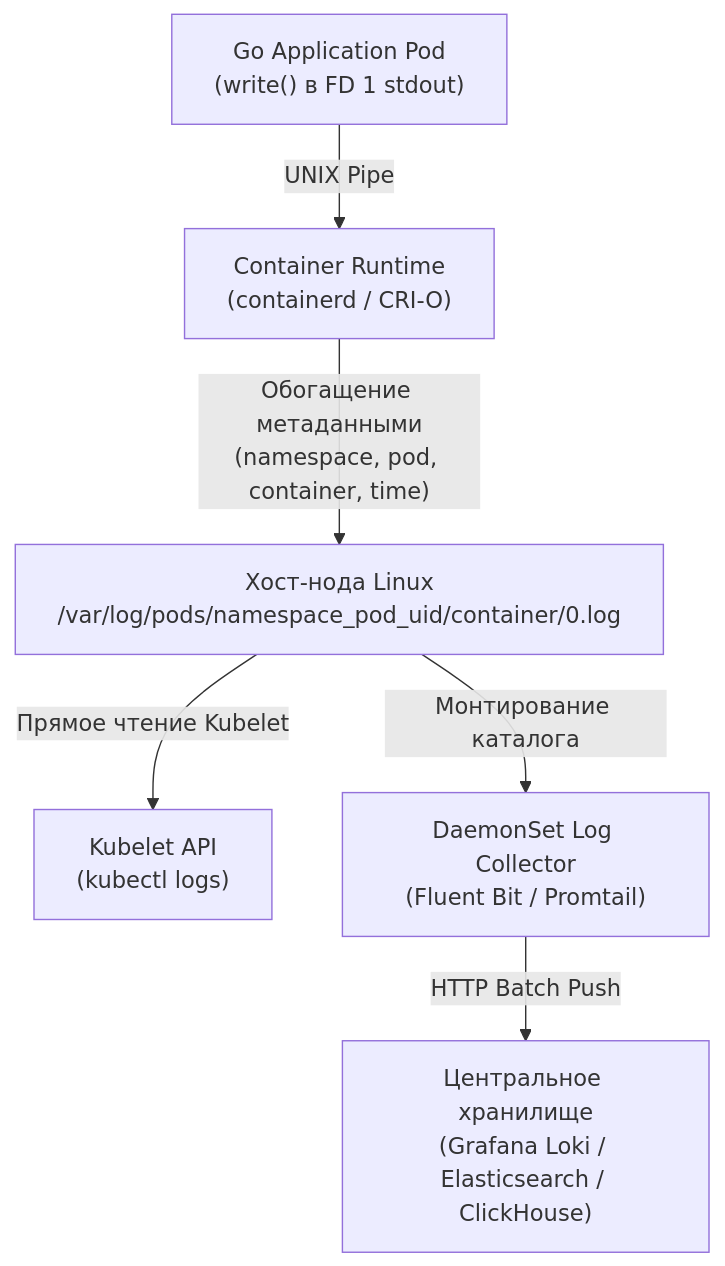
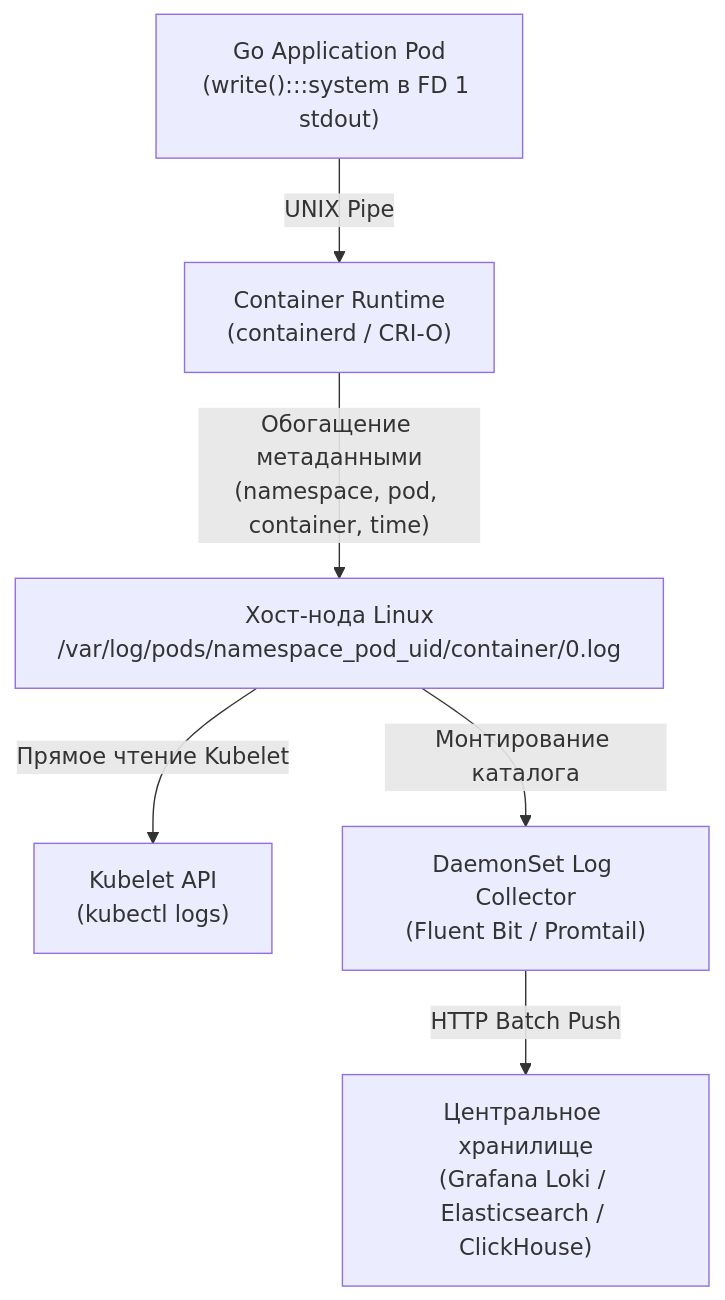
The first of 3 diagrams in sources/19. Инфраструктура. Linux, nginx, Docker, Kubernetes/05. Практика/5. Логи инфраструктуры.md (UnrealTemplier/go-textbook), drawn with Mermaid before and after one commit. The commit also changed other lines of this file and 1666 other files, not shown here.

First line of the commit message:
feat(mermaid): add semantic color classDef to 1369 colorless flowchart/graph diagrams

````diff
--- a/sources/19. Инфраструктура. Linux, nginx, Docker, Kubernetes/05. Практика/5. Логи инфраструктуры.md
+++ b/sources/19. Инфраструктура. Linux, nginx, Docker, Kubernetes/05. Практика/5. Логи инфраструктуры.md
@@ -24,11 +24,21 @@
 ```mermaid
 flowchart TD
-    GoApp["Go Application Pod\n(write() в FD 1 stdout)"] -->|"UNIX Pipe"| CRI["Container Runtime\n(containerd / CRI-O)"]
+    classDef process  fill:#1e293b,stroke:#38bdf8,stroke-width:1px,color:#f8fafc
+    classDef success  fill:#064e3b,stroke:#34d399,stroke-width:1px,color:#f8fafc
+    classDef error    fill:#7f1d1d,stroke:#f87171,stroke-width:1px,color:#f8fafc
+    classDef warning  fill:#78350f,stroke:#fbbf24,stroke-width:1px,color:#f8fafc
+    classDef entry    fill:#1e3a5f,stroke:#38bdf8,stroke-width:2px,color:#f8fafc
+    classDef aux      fill:#334155,stroke:#64748b,stroke-width:1px,color:#f8fafc
+    classDef system   fill:#312e81,stroke:#a78bfa,stroke-width:1px,color:#f8fafc
+    classDef data     fill:#132d29,stroke:#2dd4bf,stroke-width:1px,color:#f8fafc
+    classDef network  fill:#881337,stroke:#fb7185,stroke-width:1px,color:#f8fafc
+    classDef accent   fill:#1e1b4b,stroke:#818cf8,stroke-width:1px,color:#f8fafc
+    GoApp["Go Application Pod\n(write():::system в FD 1 stdout)"] -->|"UNIX Pipe"| CRI["Container Runtime\n(containerd / CRI-O)"]
     
     CRI -->|"Обогащение метаданными\n(namespace, pod, container, time)"| HostDisk["Хост-нода Linux\n/var/log/pods/namespace_pod_uid/container/0.log"]
     
     HostDisk -->|"Прямое чтение Kubelet"| Kubelet["Kubelet API\n(kubectl logs)"]
     HostDisk -->|"Монтирование каталога"| Collector["DaemonSet Log Collector\n(Fluent Bit / Promtail)"]
     
     Collector -->|"HTTP Batch Push"| LogStorage["Центральное хранилище\n(Grafana Loki / Elasticsearch / ClickHouse)"]
 ```
````
